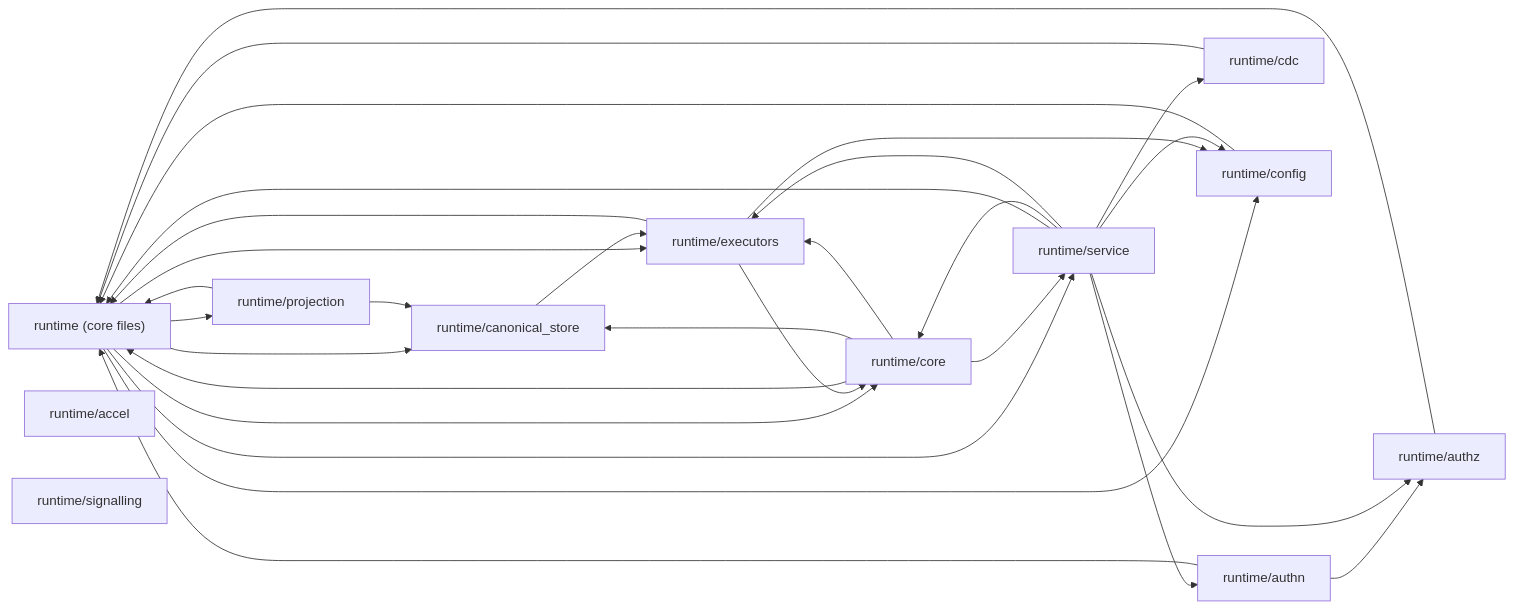
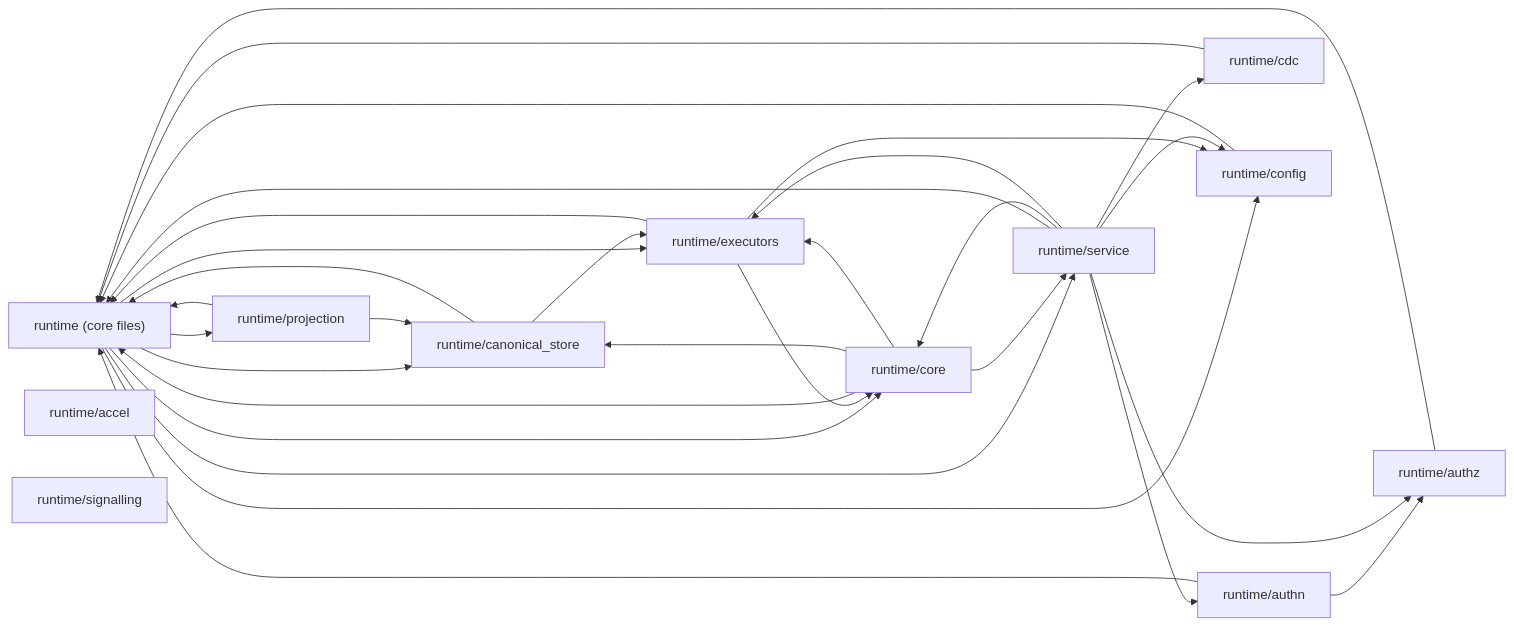
Before and after one commit to fahara02/udb: the second of 2 diagrams in docs/generated/codebase-map.md, drawn with Mermaid. The commit also changed other lines of this file, not shown here.

````diff
--- a/docs/generated/codebase-map.md
+++ b/docs/generated/codebase-map.md
@@ -53,43 +53,44 @@
 ```mermaid
 graph LR
   runtime__core_files_["runtime (core files)"]
   runtime_accel["runtime/accel"]
   runtime_authn["runtime/authn"]
   runtime_authz["runtime/authz"]
   runtime_canonical_store["runtime/canonical_store"]
   runtime_cdc["runtime/cdc"]
   runtime_config["runtime/config"]
   runtime_core["runtime/core"]
   runtime_executors["runtime/executors"]
   runtime_projection["runtime/projection"]
   runtime_service["runtime/service"]
   runtime_signalling["runtime/signalling"]
   runtime__core_files_ --> runtime_canonical_store
   runtime__core_files_ --> runtime_config
   runtime__core_files_ --> runtime_core
   runtime__core_files_ --> runtime_executors
   runtime__core_files_ --> runtime_projection
   runtime__core_files_ --> runtime_service
   runtime_authn --> runtime__core_files_
   runtime_authn --> runtime_authz
   runtime_authz --> runtime__core_files_
+  runtime_canonical_store --> runtime__core_files_
   runtime_canonical_store --> runtime_executors
   runtime_cdc --> runtime__core_files_
   runtime_config --> runtime__core_files_
   runtime_core --> runtime__core_files_
   runtime_core --> runtime_canonical_store
   runtime_core --> runtime_executors
   runtime_core --> runtime_service
   runtime_executors --> runtime__core_files_
   runtime_executors --> runtime_config
   runtime_executors --> runtime_core
   runtime_projection --> runtime__core_files_
   runtime_projection --> runtime_canonical_store
   runtime_service --> runtime__core_files_
   runtime_service --> runtime_authn
   runtime_service --> runtime_authz
   runtime_service --> runtime_cdc
   runtime_service --> runtime_config
   runtime_service --> runtime_core
   runtime_service --> runtime_executors
 ```
````
